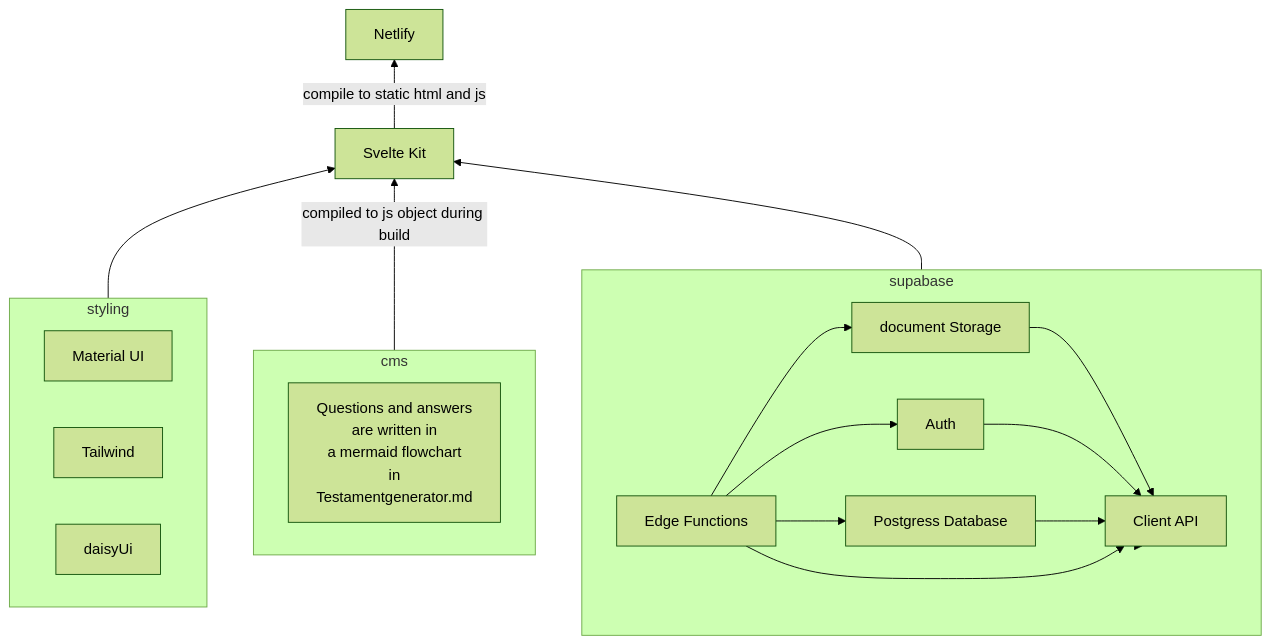
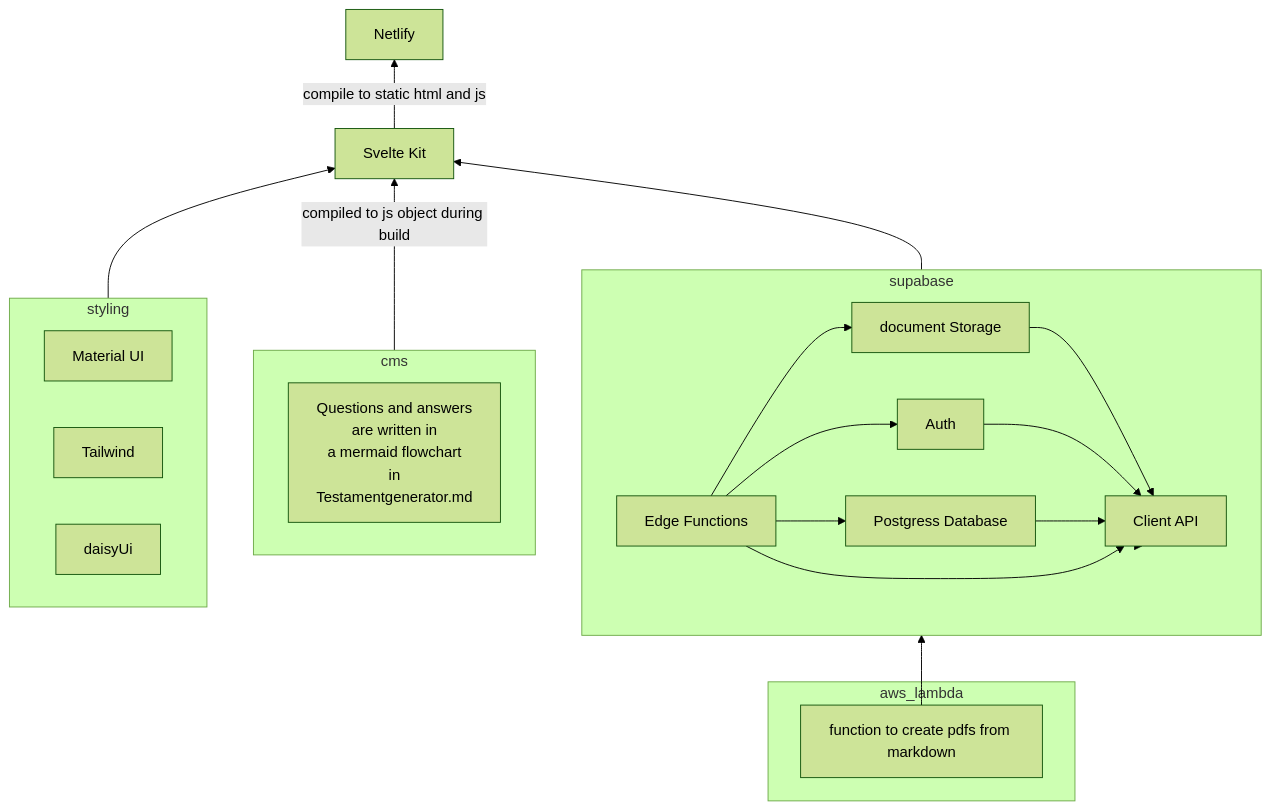
Before and after one commit to walkerdustin/beyond-webapp: the first of 2 diagrams in README.md, drawn with Mermaid (forest theme).

Commit message:
add aws lambda to infrastructure diagramm

````diff
--- a/README.md
+++ b/README.md
@@ -198,36 +198,40 @@
 ```mermaid
 flowchart BT
     sk[Svelte Kit]
     netlify[Netlify]
     subgraph supabase
     direction LR
         edge[Edge Functions]
         s-storage[document Storage]
         s-db[Postgress Database]
         client[Client API]
         auth[Auth]
     end
 
     subgraph cms
         direction LR
         cmsq[Questions and answers \n are written in\n a mermaid flowchart\n in\n Testamentgenerator.md]
     end
     subgraph styling
     direction LR
         smui[Material UI]
         tailwind[Tailwind]
         daisyUi
     end
+    subgraph aws_lambda
+        lambda_f[function to create pdfs from markdown]
+    end
     styling --> sk
     sk --compile to static html and js --> netlify
     client --> supabase
     client --> sk
     cmsq --compiled to js object during build --> sk
     s-storage --> client
     auth --> client
     s-db --> client
     edge --> client
     edge --> s-storage
     edge --> s-db
     edge --> auth
+    lambda_f --> edge
 ```
````
